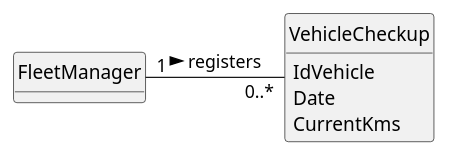
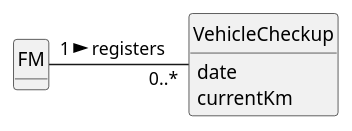
Before and after one commit to ricardomm7/leaflink: the diagram in docs/sprintA/us007/02.analysis/puml/us007-domain-model.puml, drawn with PlantUML. The commit also changed 3 other files, not shown here.

```diff
--- a/docs/sprintA/us007/02.analysis/puml/us007-domain-model.puml
+++ b/docs/sprintA/us007/02.analysis/puml/us007-domain-model.puml
@@ -1,24 +1,24 @@
 @startuml
 skinparam monochrome true
 skinparam packageStyle rectangle
 skinparam shadowing false
 
 'left to right direction
 
 skinparam classAttributeIconSize 0
 
 hide circle
 hide methods
 
-class FleetManager {
+class FM {
 
 }
 
 class VehicleCheckup {
-    IdVehicle
-    Date
-    CurrentKms
+    date
+    currentKm
+
 }
 
-FleetManager "1" - "0..*" VehicleCheckup : registers >
+FM "1" - "0..*" VehicleCheckup : registers >
 @enduml
```
